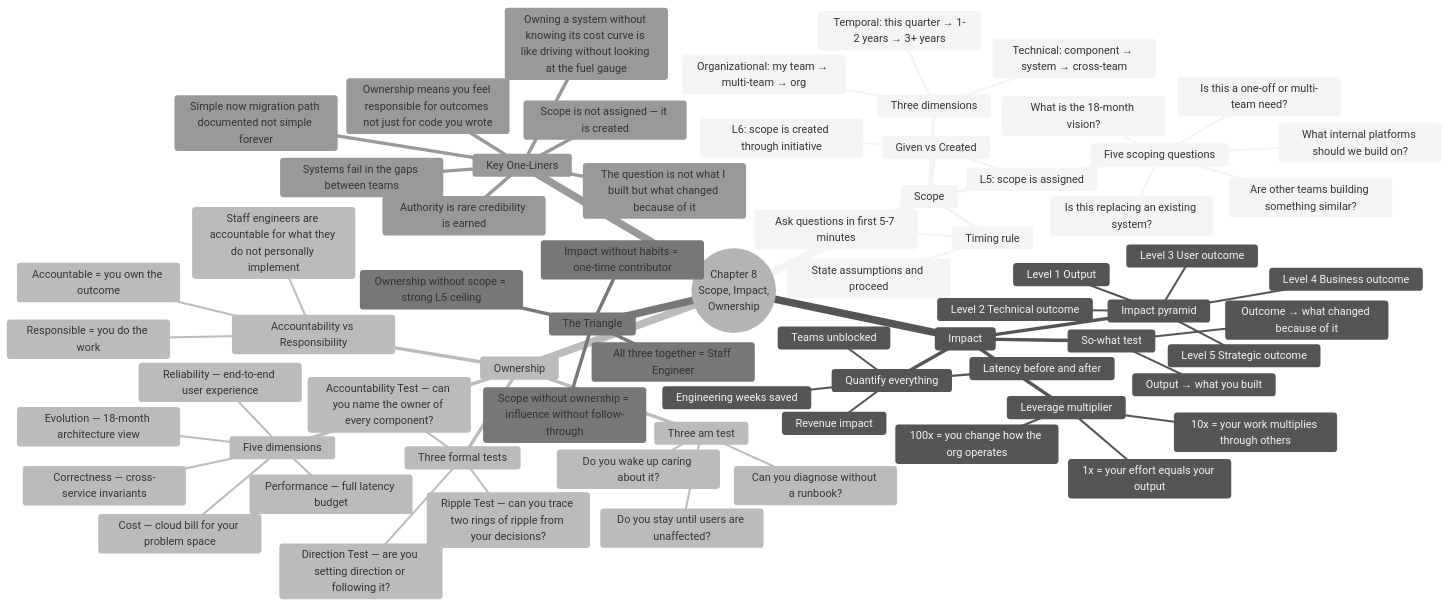
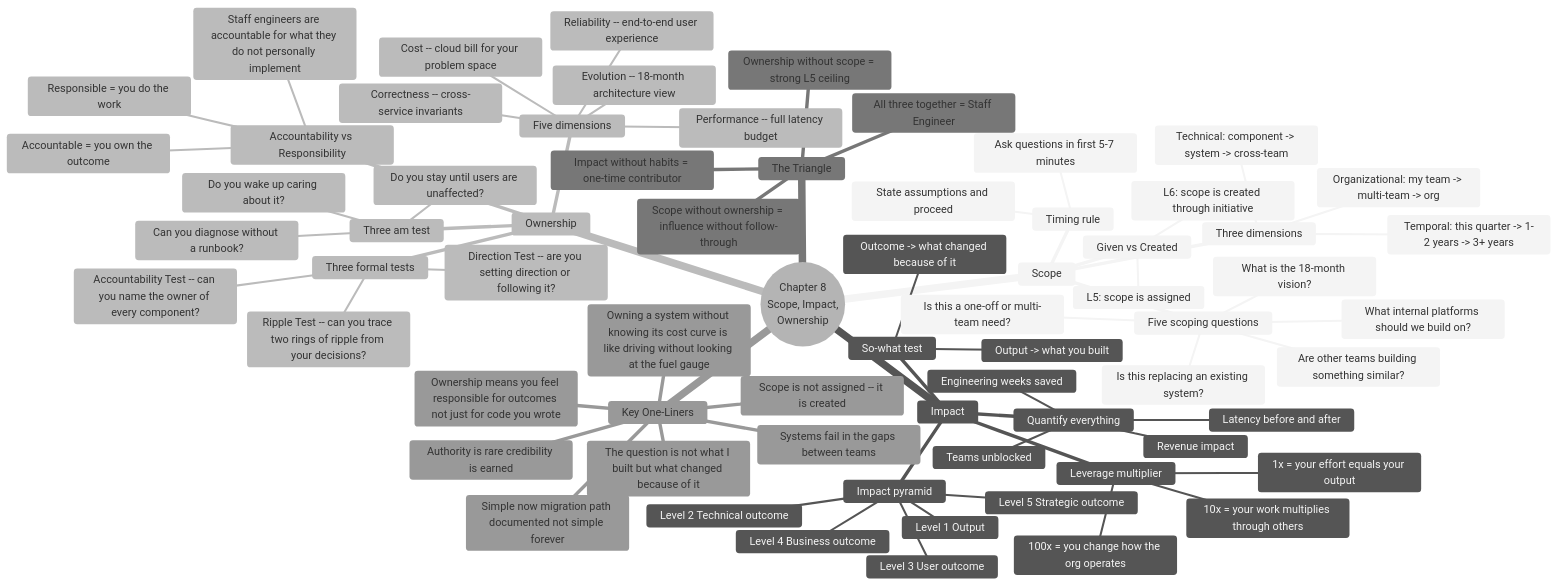
One commit to ranjeetnegi/System-Design-for-Staff-SWE changed diagram 15 of 19 in Section1/Chapter_8_Scope_Impact_and_Ownership.md. Above: the diagram before and after it, drawn with Mermaid (neutral theme). The commit also changed other lines of this file and 11 other files, not shown here.

````diff
--- a/Section1/Chapter_8_Scope_Impact_and_Ownership.md
+++ b/Section1/Chapter_8_Scope_Impact_and_Ownership.md
@@ -2534,72 +2534,72 @@
 ```mermaid
 mindmap
   root((Chapter 8<br/>Scope, Impact,<br/>Ownership))
     Scope
       Three dimensions
-        Technical: component → system → cross-team
-        Temporal: this quarter → 1-2 years → 3+ years
-        Organizational: my team → multi-team → org
+        Technical: component -> system -> cross-team
+        Temporal: this quarter -> 1-2 years -> 3+ years
+        Organizational: my team -> multi-team -> org
       Given vs Created
         L5: scope is assigned
         L6: scope is created through initiative
       Five scoping questions
         Is this replacing an existing system?
         Are other teams building something similar?
         Is this a one-off or multi-team need?
         What is the 18-month vision?
         What internal platforms should we build on?
       Timing rule
         Ask questions in first 5-7 minutes
         State assumptions and proceed
     Impact
       So-what test
-        Output → what you built
-        Outcome → what changed because of it
+        Output -> what you built
+        Outcome -> what changed because of it
       Impact pyramid
         Level 1 Output
         Level 2 Technical outcome
         Level 3 User outcome
         Level 4 Business outcome
         Level 5 Strategic outcome
       Quantify everything
         Latency before and after
         Teams unblocked
         Engineering weeks saved
         Revenue impact
       Leverage multiplier
         1x = your effort equals your output
         10x = your work multiplies through others
         100x = you change how the org operates
     Ownership
       Five dimensions
-        Correctness — cross-service invariants
-        Reliability — end-to-end user experience
-        Performance — full latency budget
-        Cost — cloud bill for your problem space
-        Evolution — 18-month architecture view
+        Correctness -- cross-service invariants
+        Reliability -- end-to-end user experience
+        Performance -- full latency budget
+        Cost -- cloud bill for your problem space
+        Evolution -- 18-month architecture view
       Three am test
         Do you wake up caring about it?
         Can you diagnose without a runbook?
         Do you stay until users are unaffected?
       Accountability vs Responsibility
         Responsible = you do the work
         Accountable = you own the outcome
         Staff engineers are accountable for what they do not personally implement
       Three formal tests
-        Accountability Test — can you name the owner of every component?
-        Direction Test — are you setting direction or following it?
-        Ripple Test — can you trace two rings of ripple from your decisions?
+        Accountability Test -- can you name the owner of every component?
+        Direction Test -- are you setting direction or following it?
+        Ripple Test -- can you trace two rings of ripple from your decisions?
     The Triangle
       Scope without ownership = influence without follow-through
       Ownership without scope = strong L5 ceiling
       Impact without habits = one-time contributor
       All three together = Staff Engineer
     Key One-Liners
-      Scope is not assigned — it is created
+      Scope is not assigned -- it is created
       The question is not what I built but what changed because of it
       Ownership means you feel responsible for outcomes not just for code you wrote
       Systems fail in the gaps between teams
       Simple now migration path documented not simple forever
       Owning a system without knowing its cost curve is like driving without looking at the fuel gauge
       Authority is rare credibility is earned
 ```
````
